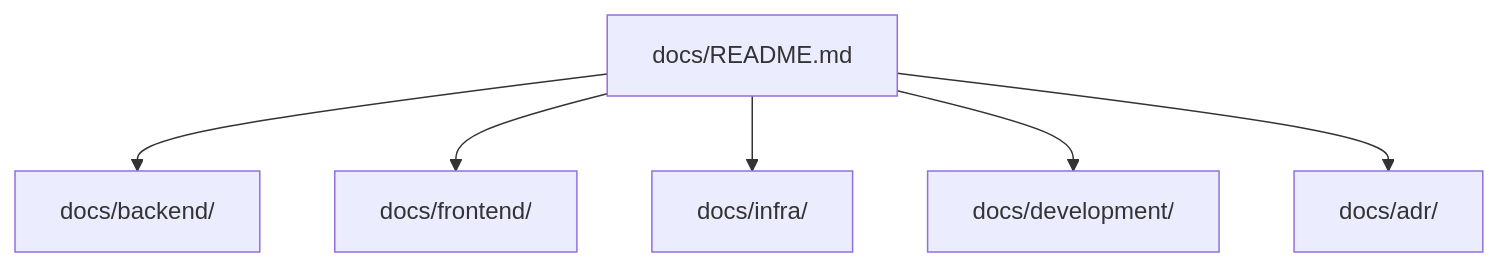
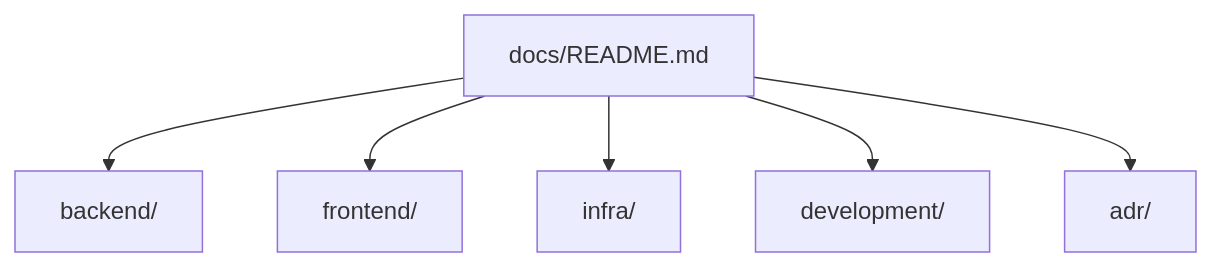
One commit to rafty/Todo-ECS-Sample changed the diagram in docs/README.md. Above: the diagram before and after it, drawn with Mermaid. The commit also changed other lines of this file and 14 other files, not shown here.

````diff
--- a/docs/README.md
+++ b/docs/README.md
@@ -8,15 +20,15 @@
 ```mermaid
 flowchart TB
-  Root[docs/README.md]
-  Backend[docs/backend/]
-  Frontend[docs/frontend/]
-  Infra[docs/infra/]
-  Dev[docs/development/]
-  Adr[docs/adr/]
+  ROOT[docs/README.md]
+  B[backend/]
+  F[frontend/]
+  I[infra/]
+  D[development/]
+  A[adr/]
 
-  Root --> Backend
-  Root --> Frontend
-  Root --> Infra
-  Root --> Dev
-  Root --> Adr
+  ROOT --> B
+  ROOT --> F
+  ROOT --> I
+  ROOT --> D
+  ROOT --> A
 ```
````
